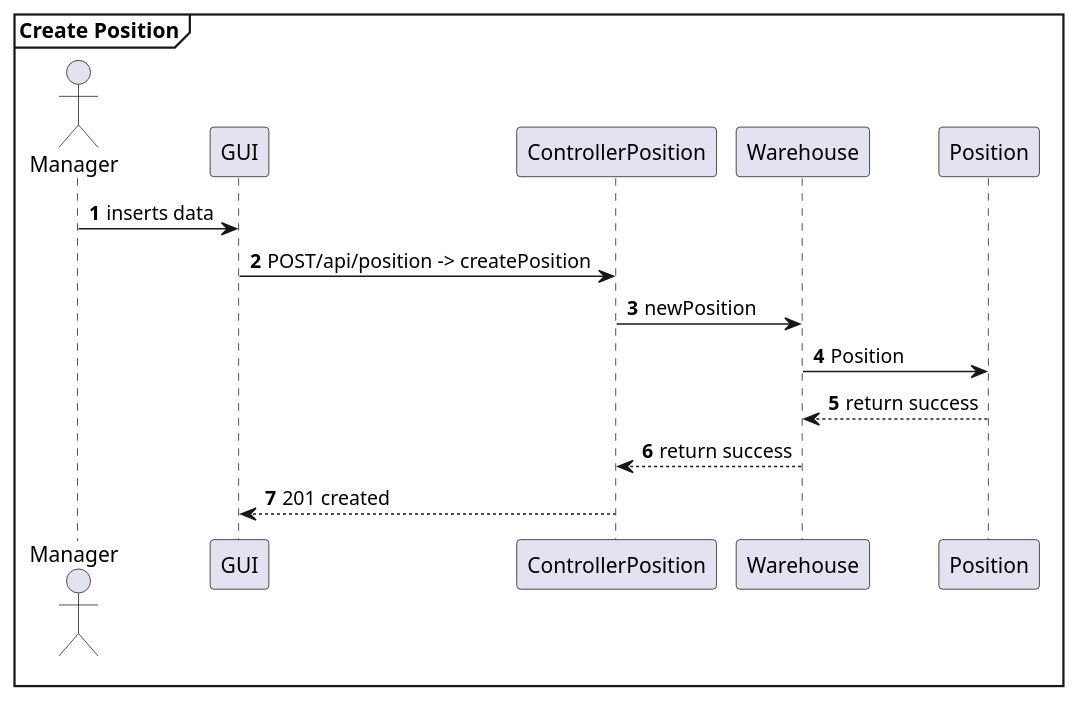
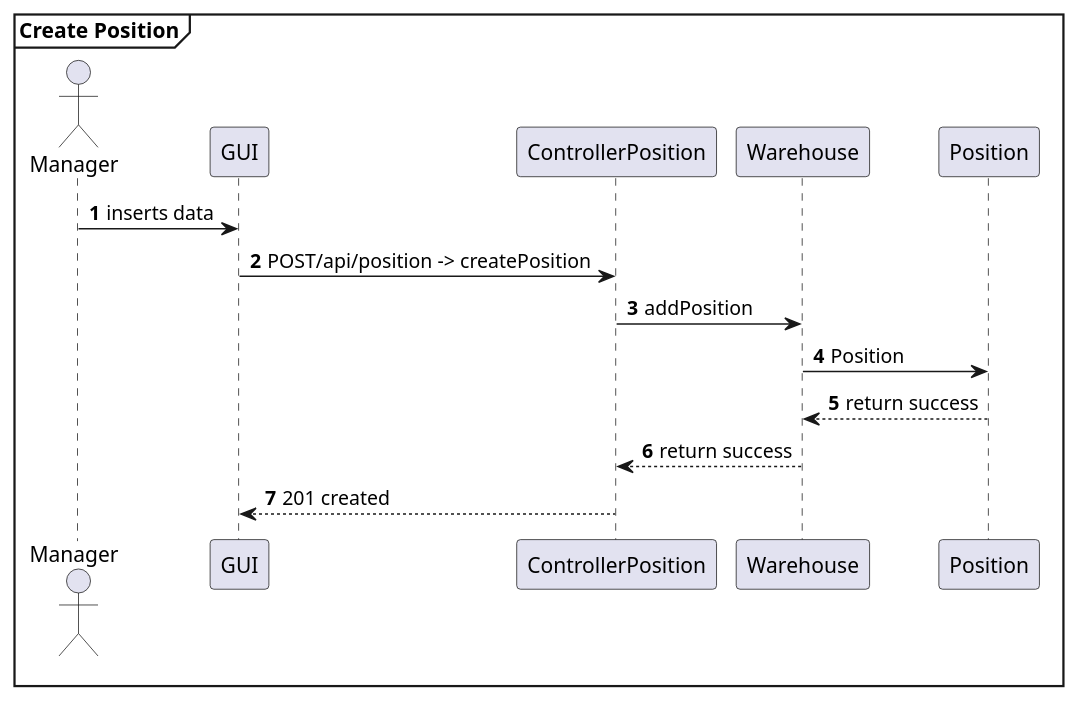
One commit to AlexZampa/EzWh changed the sixth of 31 diagrams in DesignDocument.md. Above: the diagram before and after it, drawn with PlantUML. The commit also changed other lines of this file, not shown here.

````diff
--- a/DesignDocument.md
+++ b/DesignDocument.md
@@ -603,19 +603,19 @@
 ```plantuml
 mainframe **Create Position**
 actor Manager
 participant GUI
 participant ControllerPosition
 participant Warehouse
 participant Position
 
 autonumber
 Manager -> GUI : inserts data
 GUI -> ControllerPosition : POST/api/position -> createPosition
-ControllerPosition -> Warehouse : newPosition
+ControllerPosition -> Warehouse : addPosition
 Warehouse -> Position : Position
 Warehouse <-- Position : return success
 ControllerPosition <-- Warehouse : return success
 GUI <-- ControllerPosition : 201 created
 
 @enduml
 ```
````
